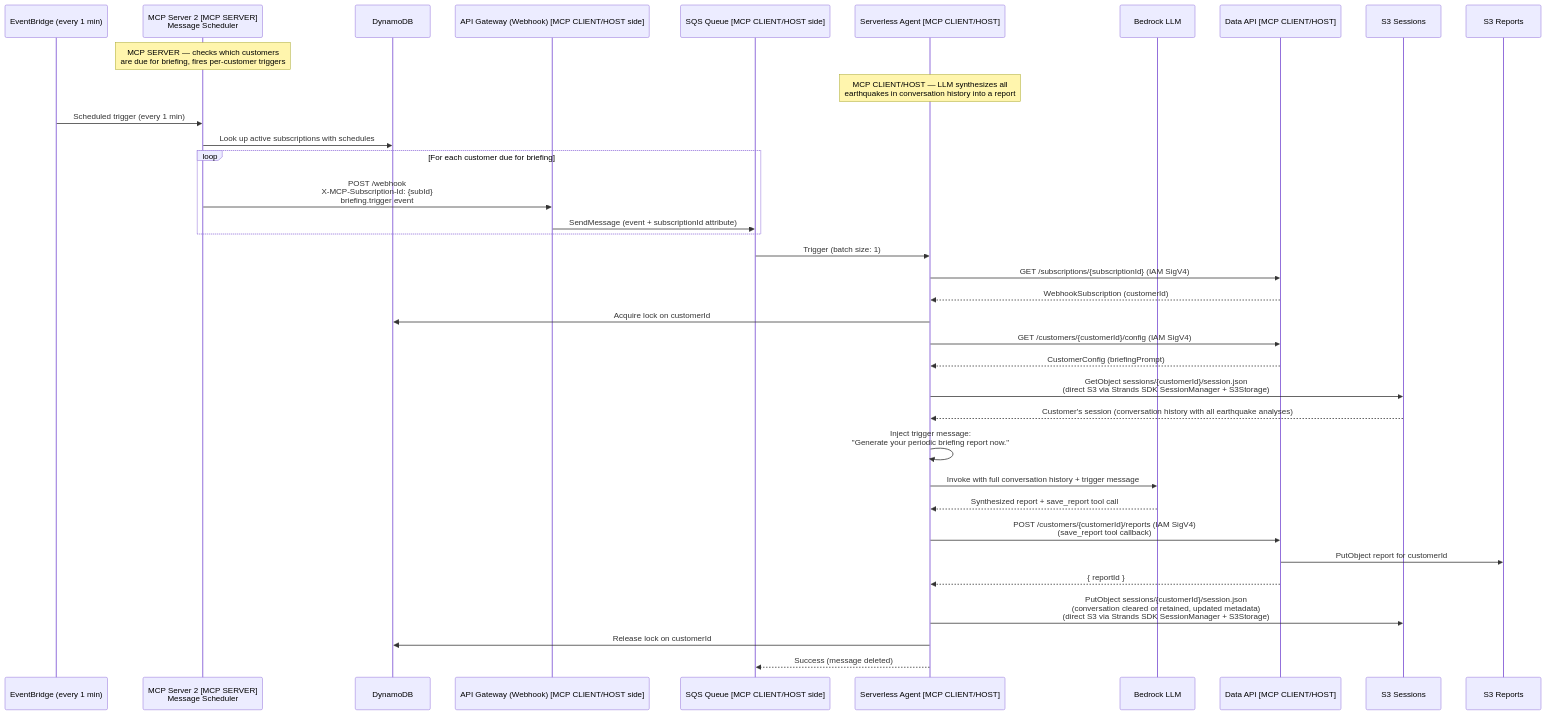
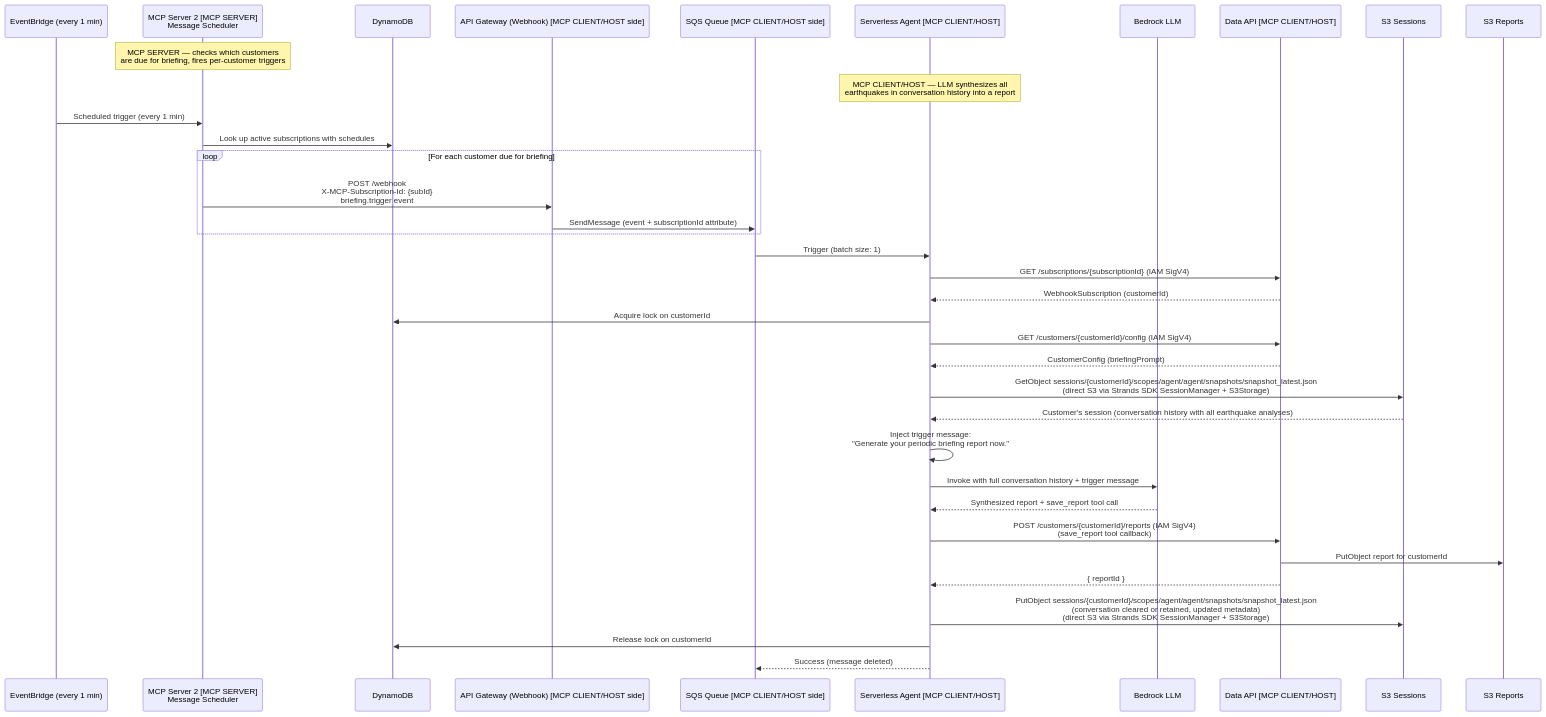
One commit to clareliguori/mcp-triggers-events-samples changed the tenth of 12 diagrams in .kiro/specs/mcp-events-serverless-agent/design.md. Above: the diagram before and after it, drawn with Mermaid. The commit also changed other lines of this file and 14 other files, not shown here.

First line of the commit message:
Use the Strands SDK S3Storage for agent session persistence

````diff
--- a/.kiro/specs/mcp-events-serverless-agent/design.md
+++ b/.kiro/specs/mcp-events-serverless-agent/design.md
@@ -285,41 +285,41 @@
 ```mermaid
 sequenceDiagram
     participant EB as EventBridge (every 1 min)
     participant MCP2 as MCP Server 2 [MCP SERVER]<br/>Message Scheduler
     participant DDB as DynamoDB
     participant APIG as API Gateway (Webhook) [MCP CLIENT/HOST side]
     participant SQS as SQS Queue [MCP CLIENT/HOST side]
     participant Agent as Serverless Agent [MCP CLIENT/HOST]
     participant LLM as Bedrock LLM
     participant DataAPI as Data API [MCP CLIENT/HOST]
     participant S3S as S3 Sessions
     participant S3R as S3 Reports
 
     Note over MCP2: MCP SERVER — checks which customers<br/>are due for briefing, fires per-customer triggers
     Note over Agent: MCP CLIENT/HOST — LLM synthesizes all<br/>earthquakes in conversation history into a report
 
     EB->>MCP2: Scheduled trigger (every 1 min)
     MCP2->>DDB: Look up active subscriptions with schedules
     loop For each customer due for briefing
         MCP2->>APIG: POST /webhook<br/>X-MCP-Subscription-Id: {subId}<br/>briefing.trigger event
         APIG->>SQS: SendMessage (event + subscriptionId attribute)
     end
 
     SQS->>Agent: Trigger (batch size: 1)
     Agent->>DataAPI: GET /subscriptions/{subscriptionId} (IAM SigV4)
     DataAPI-->>Agent: WebhookSubscription (customerId)
     Agent->>DDB: Acquire lock on customerId
     Agent->>DataAPI: GET /customers/{customerId}/config (IAM SigV4)
     DataAPI-->>Agent: CustomerConfig (briefingPrompt)
-    Agent->>S3S: GetObject sessions/{customerId}/session.json<br/>(direct S3 via Strands SDK SessionManager + S3Storage)
+    Agent->>S3S: GetObject sessions/{customerId}/scopes/agent/agent/snapshots/snapshot_latest.json<br/>(direct S3 via Strands SDK SessionManager + S3Storage)
     S3S-->>Agent: Customer's session (conversation history with all earthquake analyses)
     Agent->>Agent: Inject trigger message:<br/>"Generate your periodic briefing report now."
     Agent->>LLM: Invoke with full conversation history + trigger message
     LLM-->>Agent: Synthesized report + save_report tool call
     Agent->>DataAPI: POST /customers/{customerId}/reports (IAM SigV4)<br/>(save_report tool callback)
     DataAPI->>S3R: PutObject report for customerId
     DataAPI-->>Agent: { reportId }
-    Agent->>S3S: PutObject sessions/{customerId}/session.json<br/>(conversation cleared or retained, updated metadata)<br/>(direct S3 via Strands SDK SessionManager + S3Storage)
+    Agent->>S3S: PutObject sessions/{customerId}/scopes/agent/agent/snapshots/snapshot_latest.json<br/>(conversation cleared or retained, updated metadata)<br/>(direct S3 via Strands SDK SessionManager + S3Storage)
     Agent->>DDB: Release lock on customerId
     Agent-->>SQS: Success (message deleted)
 ```
````
